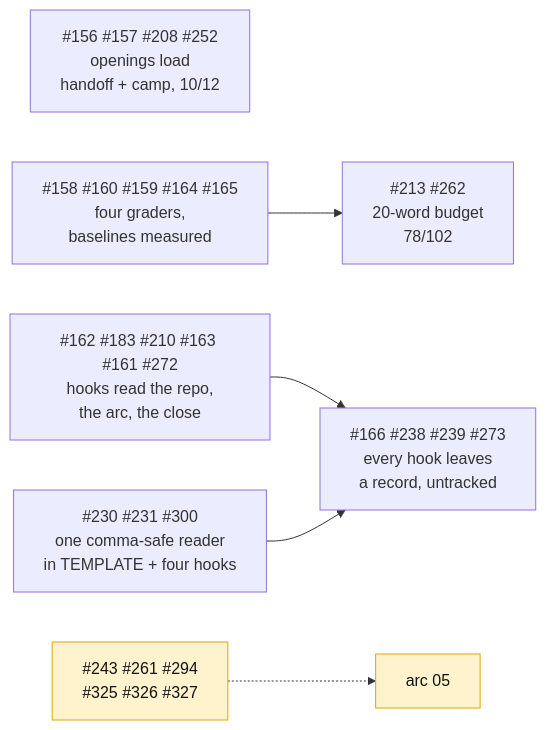
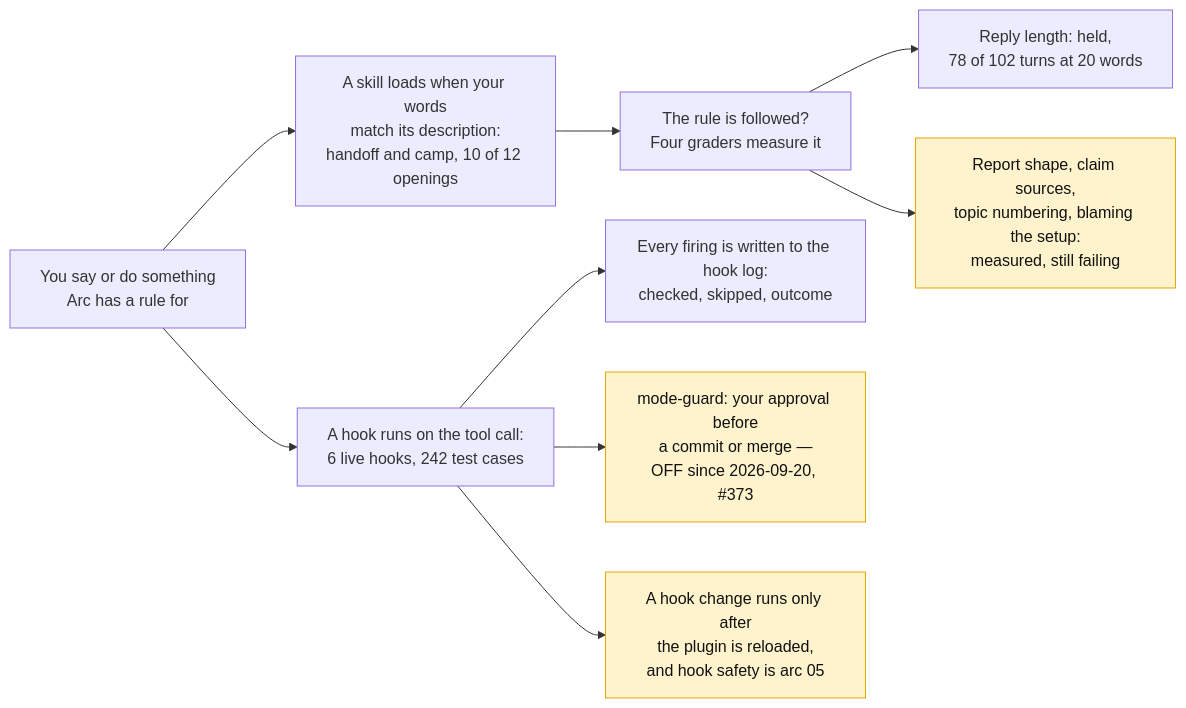
Before and after one commit to Calyx-Engineering/arc: the fourth of 6 diagrams in docs/arc-log/arc-04-dogfood.md, drawn with Mermaid. The commit also changed other lines of this file and 1 other file, not shown here.

First line of the commit message:
docs: Fire's report is rewritten around user stories (#145)

````diff
--- a/docs/arc-log/arc-04-dogfood.md
+++ b/docs/arc-log/arc-04-dogfood.md
@@ -356,9 +368,12 @@
 ```mermaid
 flowchart LR
-    A["#156 #157 #208 #252<br/>openings load<br/>handoff + camp, 10/12"]
-    B["#158 #160 #159 #164 #165<br/>four graders,<br/>baselines measured"] --> C["#213 #262<br/>20-word budget<br/>78/102"]
-    D["#162 #183 #210 #163 #161 #272<br/>hooks read the repo,<br/>the arc, the close"] --> E["#166 #238 #239 #273<br/>every hook leaves<br/>a record, untracked"]
-    F["#230 #231 #300<br/>one comma-safe reader<br/>in TEMPLATE + four hooks"] --> E
-    G["#243 #261 #294<br/>#325 #326 #327"]:::blocked -.-> H["arc 05"]:::blocked
+    U["You say or do something<br/>Arc has a rule for"] --> K["A skill loads when your words<br/>match its description:<br/>handoff and camp, 10 of 12 openings"]
+    U --> HK["A hook runs on the tool call:<br/>6 live hooks, 242 test cases"]
+    K --> F["The rule is followed?<br/>Four graders measure it"]
+    F --> L["Reply length: held,<br/>78 of 102 turns at 20 words"]
+    F --> N["Report shape, claim sources,<br/>topic numbering, blaming the setup:<br/>measured, still failing"]:::blocked
+    HK --> LOG["Every firing is written to the hook log:<br/>checked, skipped, outcome"]
+    HK --> MG["mode-guard: your approval before<br/>a commit or merge —<br/>OFF since 2026-09-20, #373"]:::blocked
+    HK --> SAFE["A hook change runs only after<br/>the plugin is reloaded,<br/>and hook safety is arc 05"]:::blocked
     classDef blocked fill:#fff3cd,stroke:#e0a800,color:#111
 ```
````
